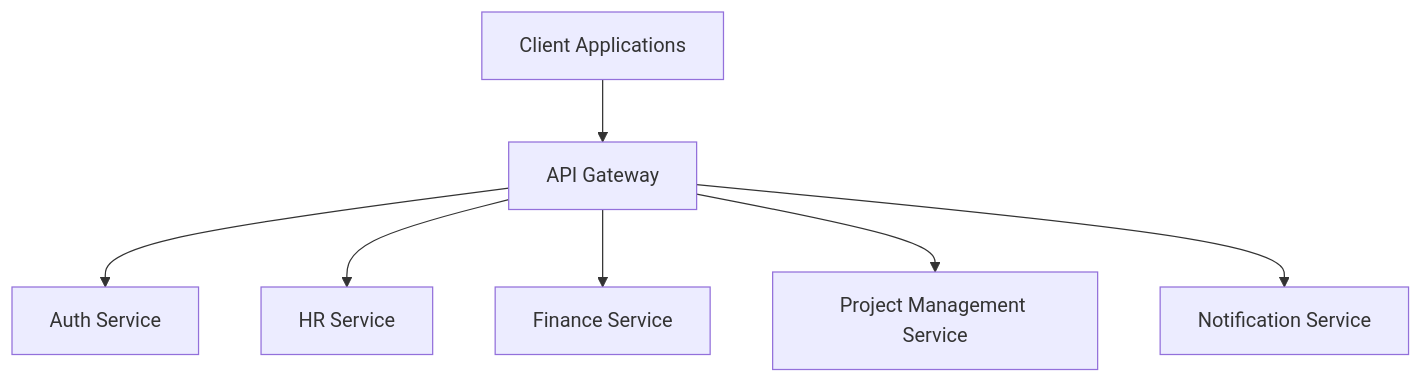
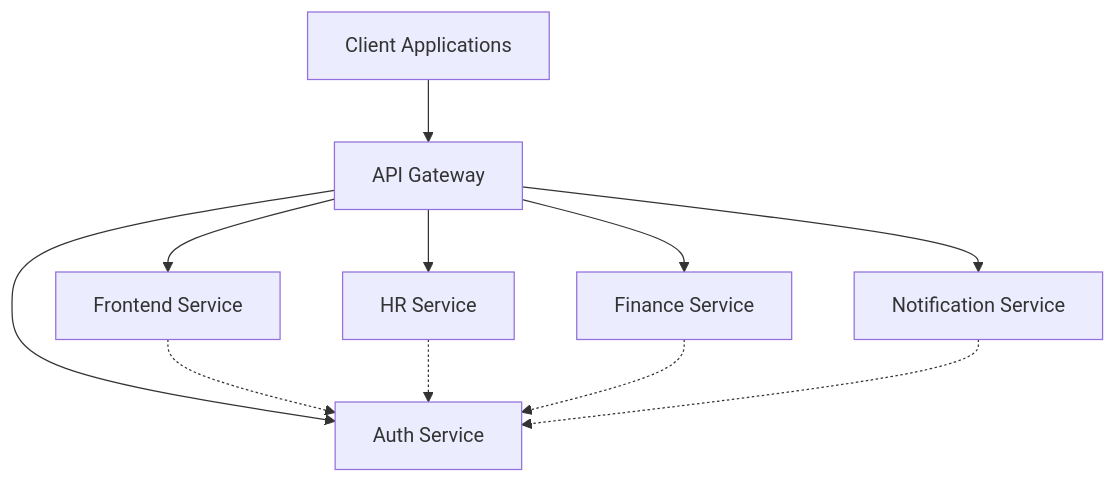
One commit to Mahesh-65/OrganiStation changed the ninth of 9 diagrams in .github/instructions/architecture.instructions.md. Above: the diagram before and after it, drawn with Mermaid. The commit also changed other lines of this file and 7 other files, not shown here.

````diff
--- a/.github/instructions/architecture.instructions.md
+++ b/.github/instructions/architecture.instructions.md
@@ -789,17 +619,22 @@
 ```mermaid
 graph TB
     Client[Client Applications]
     Gateway[API Gateway]
+    Frontend[Frontend Service]
     Auth[Auth Service]
     HR[HR Service]
     Finance[Finance Service]
-    Project[Project Management Service]
     Notification[Notification Service]
     
     Client --> Gateway
+    Gateway --> Frontend
     Gateway --> Auth
     Gateway --> HR
     Gateway --> Finance
-    Gateway --> Project
     Gateway --> Notification
+    
+    Frontend -.-> Auth
+    HR -.-> Auth
+    Finance -.-> Auth
+    Notification -.-> Auth
 ```
````
